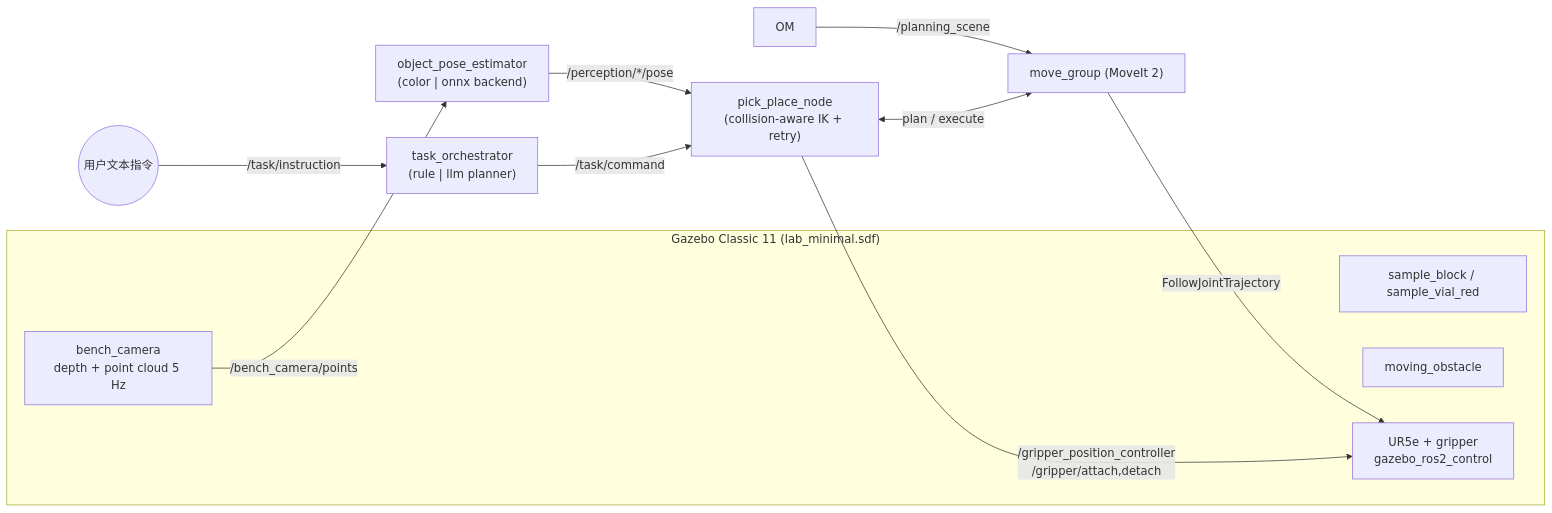
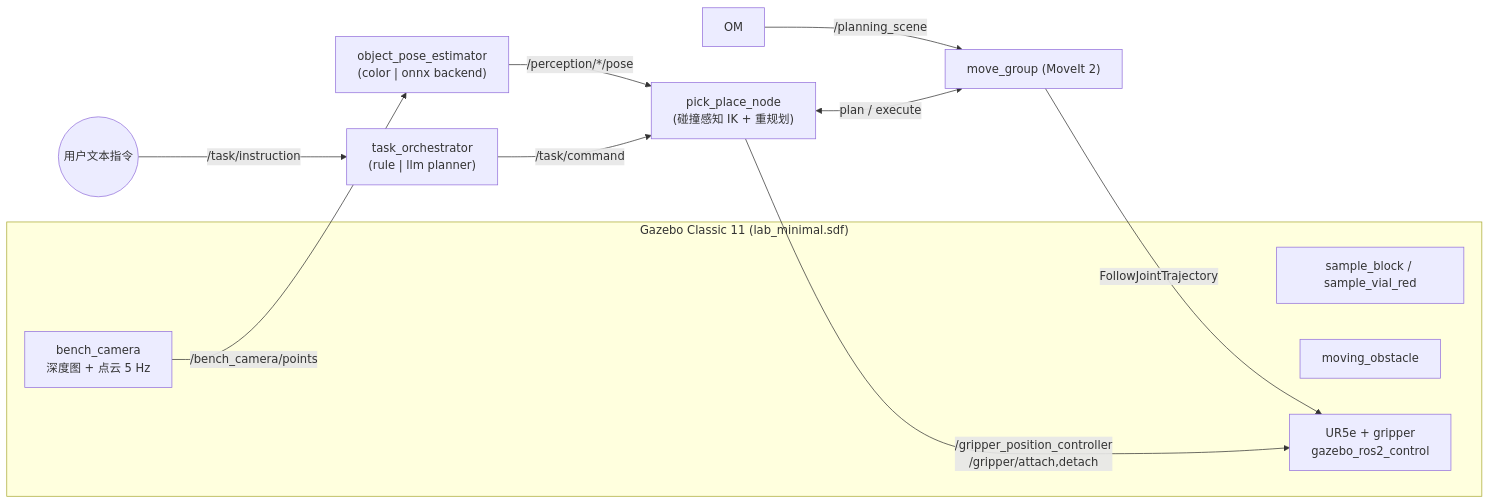
One commit to deepseek-p/robot_lab_demo changed the diagram in README.md. Above: the diagram before and after it, drawn with Mermaid. The commit also changed other lines of this file, not shown here.

````diff
--- a/README.md
+++ b/README.md
@@ -12,17 +9,17 @@
 ```mermaid
 flowchart LR
     subgraph Gazebo["Gazebo Classic 11 (lab_minimal.sdf)"]
-        CAM["bench_camera<br/>depth + point cloud 5 Hz"]
+        CAM["bench_camera<br/>深度图 + 点云 5 Hz"]
         OBJ["sample_block / sample_vial_red"]
         OBS["moving_obstacle"]
         UR["UR5e + gripper<br/>gazebo_ros2_control"]
     end
     CAM -->|/bench_camera/points| PER["object_pose_estimator<br/>(color | onnx backend)"]
-    PER -->|/perception/*/pose| PP["pick_place_node<br/>(collision-aware IK + retry)"]
+    PER -->|/perception/*/pose| PP["pick_place_node<br/>(碰撞感知 IK + 重规划)"]
     OM -->|/planning_scene| MG["move_group (MoveIt 2)"]
     USER(("用户文本指令")) -->|/task/instruction| ORC["task_orchestrator<br/>(rule | llm planner)"]
     ORC -->|/task/command| PP
     PP <-->|plan / execute| MG
     MG -->|FollowJointTrajectory| UR
     PP -->|/gripper_position_controller<br/>/gripper/attach,detach| UR
 ```
````
